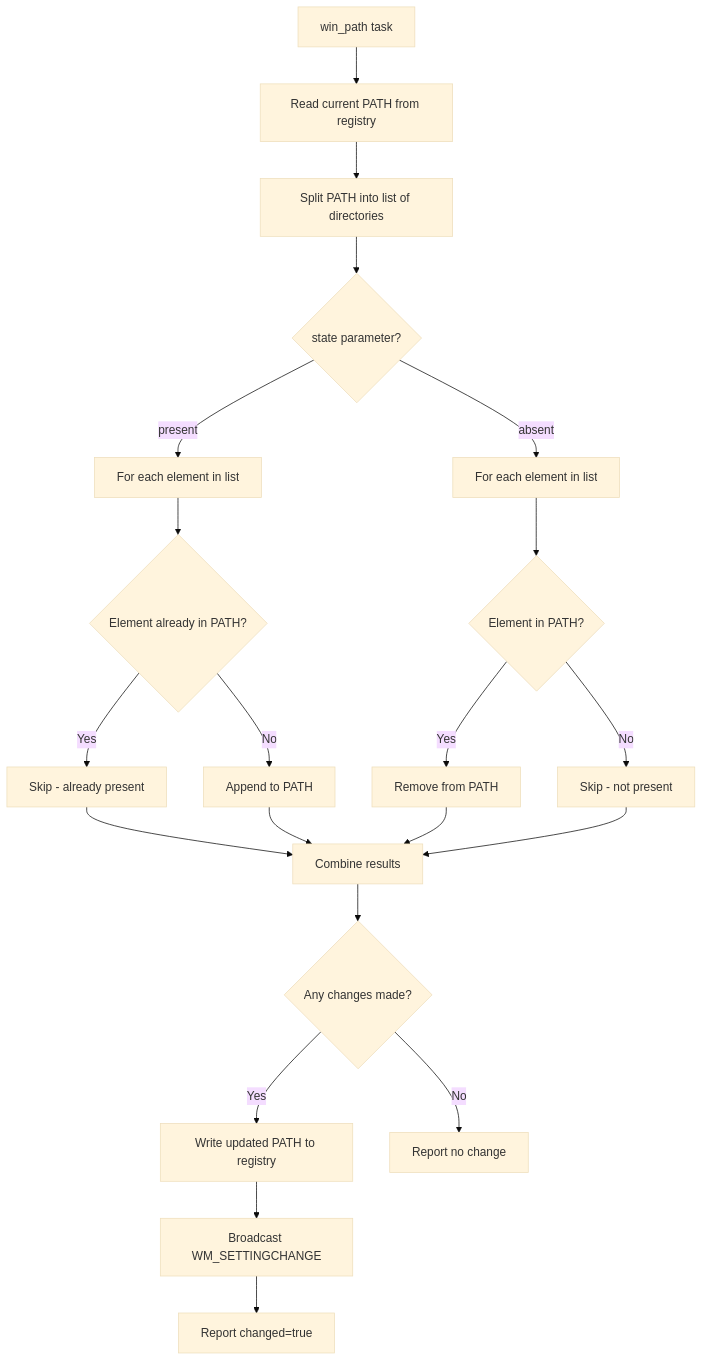
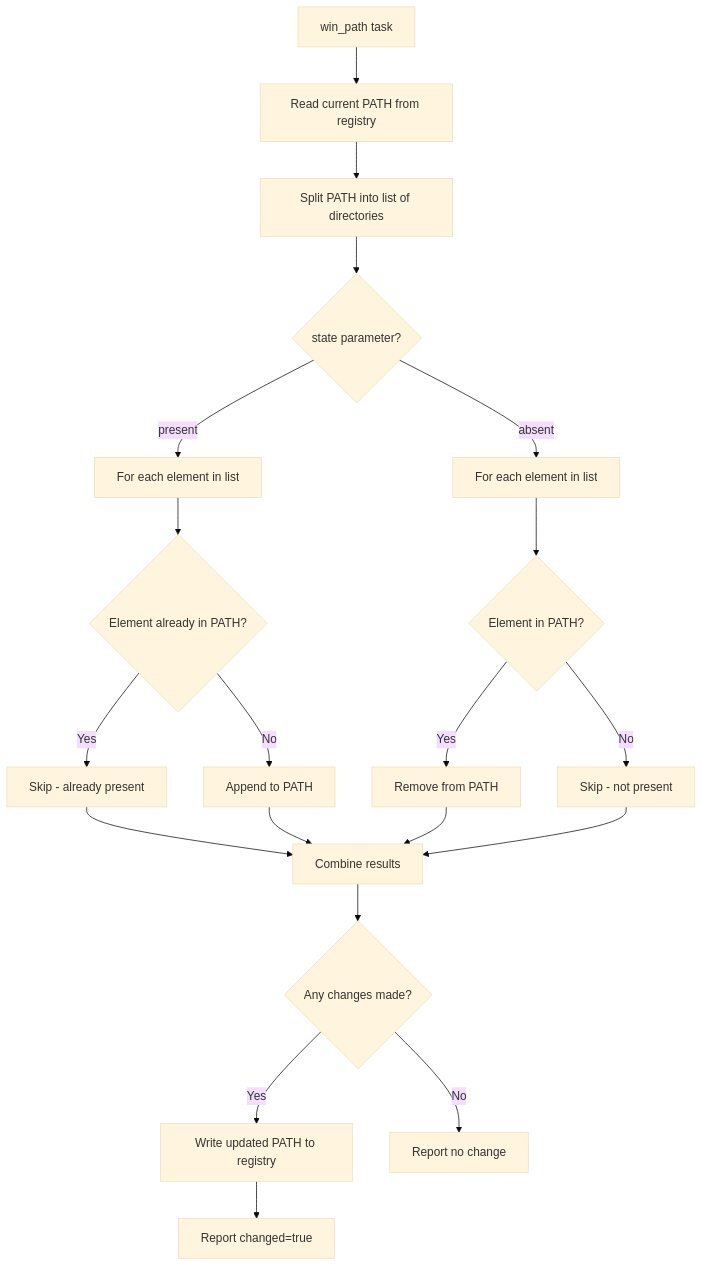
One commit to OneUptime/blog changed the diagram in posts/2026-02-21-how-to-use-ansible-win-path-module/README.md. Above: the diagram before and after it, drawn with Mermaid (base theme). The commit also changed other lines of this file and 2 other files, not shown here.

````diff
--- a/posts/2026-02-21-how-to-use-ansible-win-path-module/README.md
+++ b/posts/2026-02-21-how-to-use-ansible-win-path-module/README.md
@@ -251,23 +262,22 @@
 ```mermaid
 flowchart TD
     A[win_path task] --> B[Read current PATH from registry]
     B --> C[Split PATH into list of directories]
     C --> D{state parameter?}
     D -->|present| E[For each element in list]
     D -->|absent| F[For each element in list]
     E --> G{Element already in PATH?}
     G -->|Yes| H[Skip - already present]
     G -->|No| I[Append to PATH]
     F --> J{Element in PATH?}
     J -->|Yes| K[Remove from PATH]
     J -->|No| L[Skip - not present]
     H --> M[Combine results]
     I --> M
     K --> M
     L --> M
     M --> N{Any changes made?}
     N -->|Yes| O[Write updated PATH to registry]
     N -->|No| P[Report no change]
-    O --> Q[Broadcast WM_SETTINGCHANGE]
-    Q --> R[Report changed=true]
+    O --> Q[Report changed=true]
 ```
````
